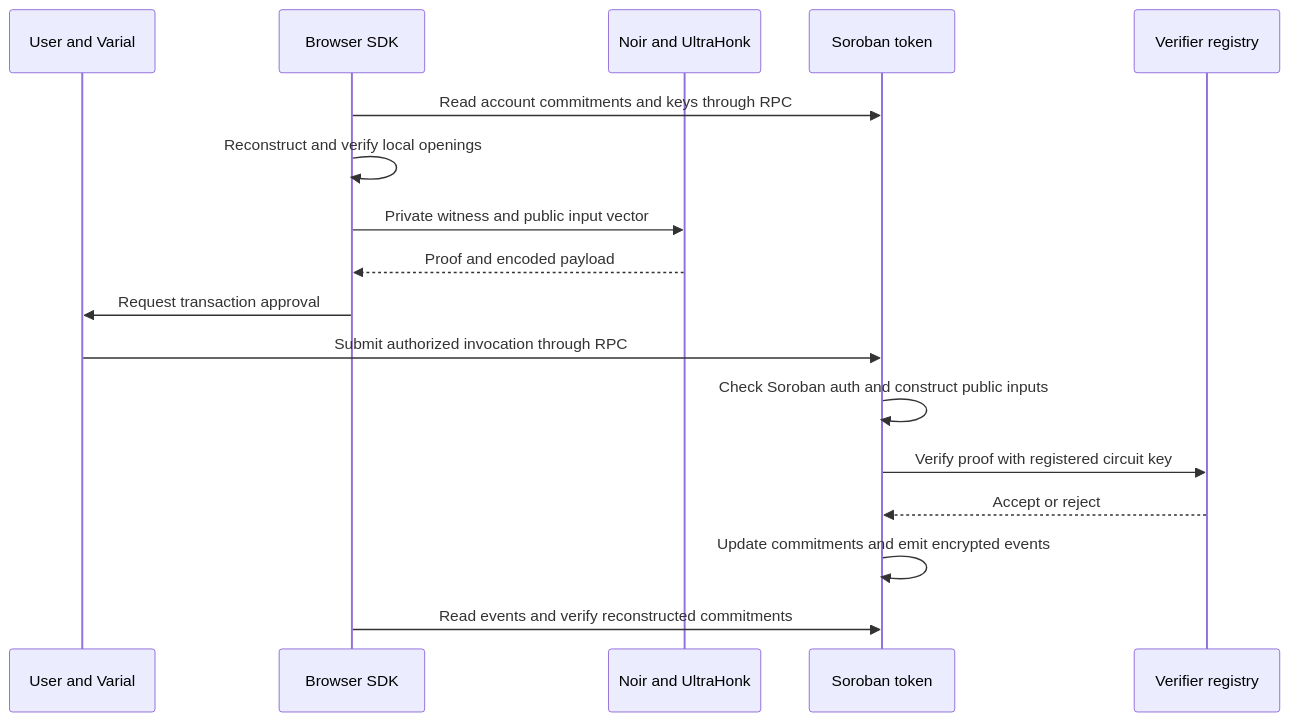
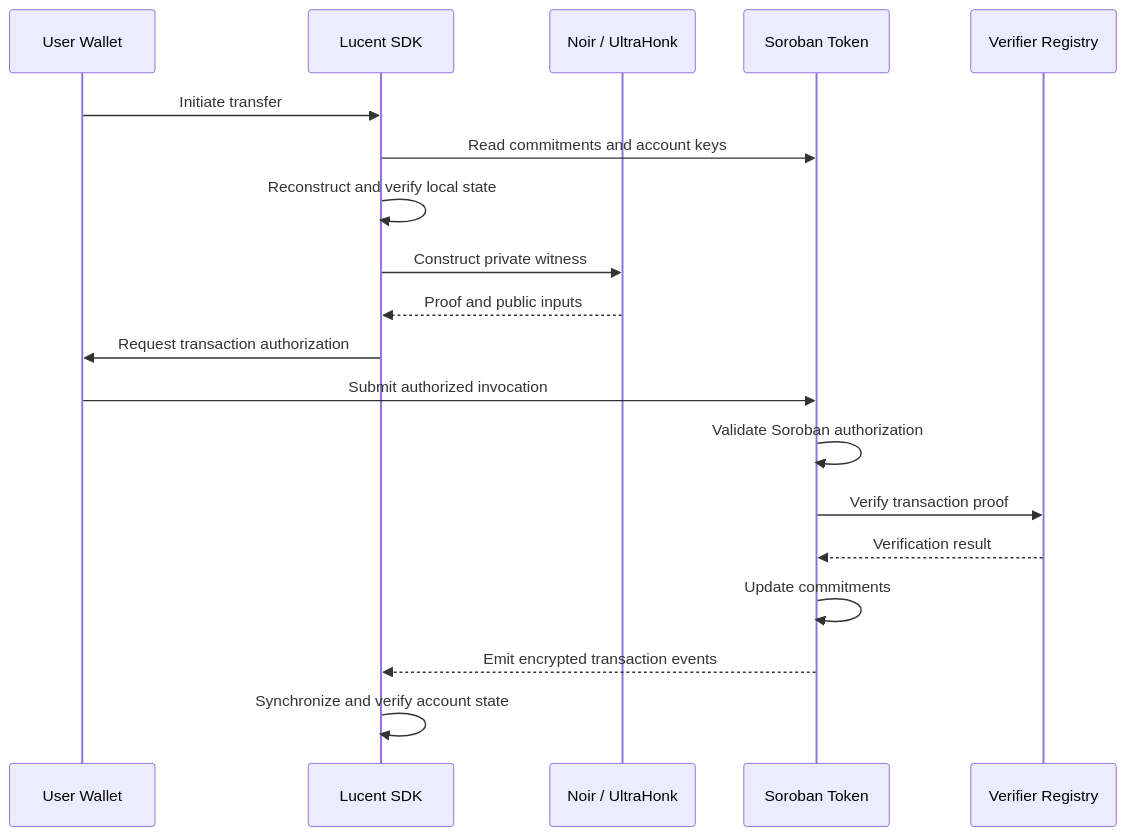
One commit to ToluLabs/Lucent changed the second of 4 diagrams in SCF-46-TECHNICAL-ARCHITECTURE.md. Above: the diagram before and after it, drawn with Mermaid. The commit also changed other lines of this file, not shown here.

````diff
--- a/SCF-46-TECHNICAL-ARCHITECTURE.md
+++ b/SCF-46-TECHNICAL-ARCHITECTURE.md
@@ -116,19 +441,22 @@
 ```mermaid
 sequenceDiagram
-  participant U as User and Varial
-  participant S as Browser SDK
-  participant P as Noir and UltraHonk
-  participant T as Soroban token
-  participant V as Verifier registry
-  S->>T: Read account commitments and keys through RPC
-  S->>S: Reconstruct and verify local openings
-  S->>P: Private witness and public input vector
-  P-->>S: Proof and encoded payload
-  S->>U: Request transaction approval
-  U->>T: Submit authorized invocation through RPC
-  T->>T: Check Soroban auth and construct public inputs
-  T->>V: Verify proof with registered circuit key
-  V-->>T: Accept or reject
-  T->>T: Update commitments and emit encrypted events
-  S->>T: Read events and verify reconstructed commitments
+    participant User as User Wallet
+    participant SDK as Lucent SDK
+    participant Prover as Noir / UltraHonk
+    participant Token as Soroban Token
+    participant Verifier as Verifier Registry
+
+    User->>SDK: Initiate transfer
+    SDK->>Token: Read commitments and account keys
+    SDK->>SDK: Reconstruct and verify local state
+    SDK->>Prover: Construct private witness
+    Prover-->>SDK: Proof and public inputs
+    SDK->>User: Request transaction authorization
+    User->>Token: Submit authorized invocation
+    Token->>Token: Validate Soroban authorization
+    Token->>Verifier: Verify transaction proof
+    Verifier-->>Token: Verification result
+    Token->>Token: Update commitments
+    Token-->>SDK: Emit encrypted transaction events
+    SDK->>SDK: Synchronize and verify account state
 ```
````
